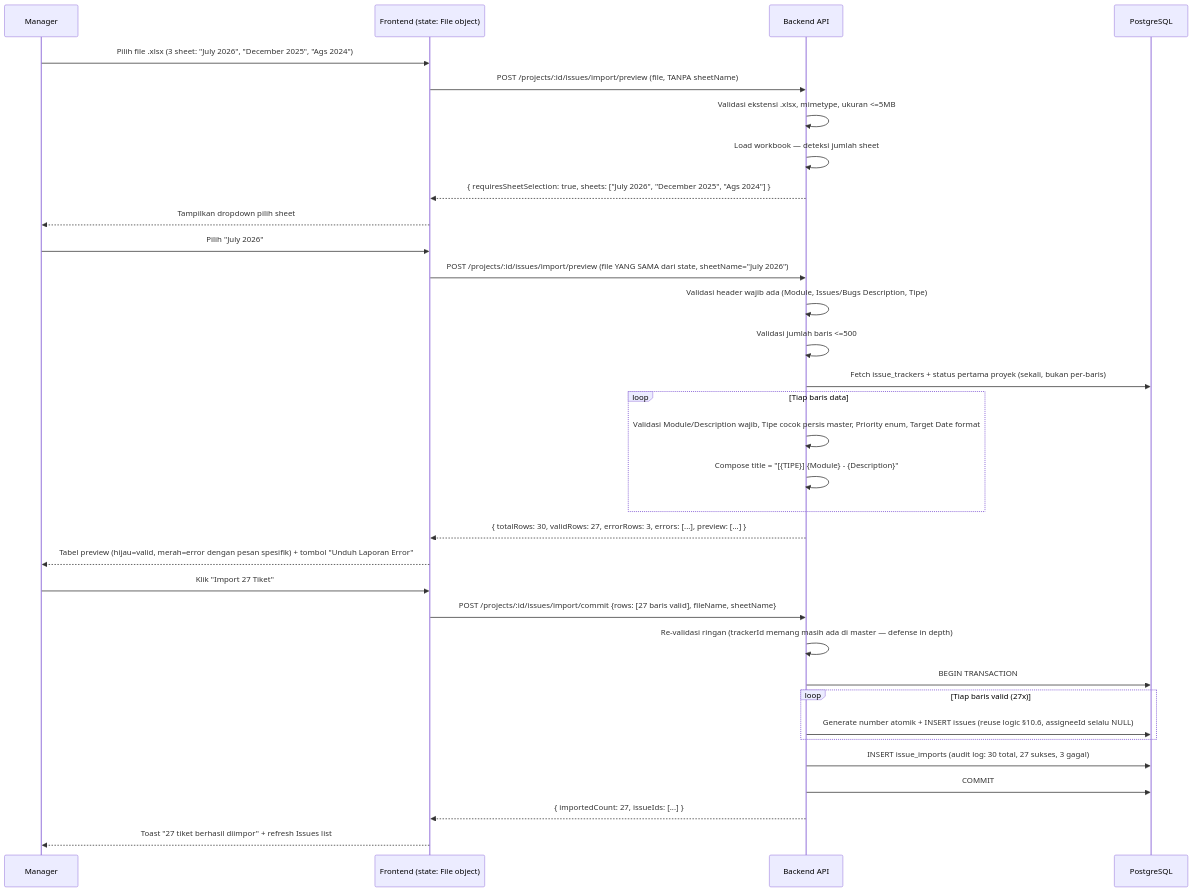
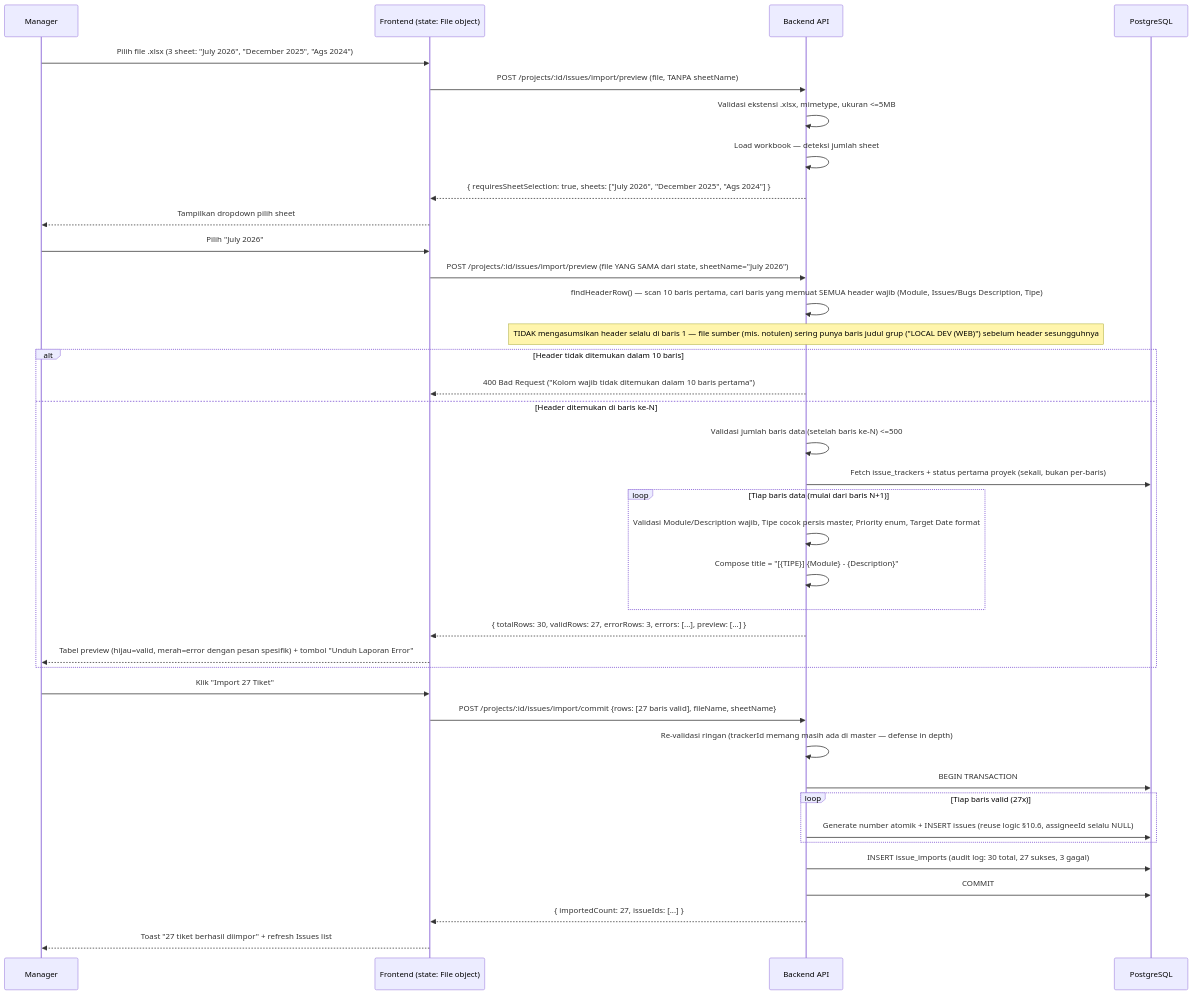
Before and after one commit to itshazlan/trackflow: diagram 28 of 31 in SDD_Lean_Internal.md, drawn with Mermaid. The commit also changed other lines of this file and 10 other files, not shown here.

````diff
--- a/SDD_Lean_Internal.md
+++ b/SDD_Lean_Internal.md
@@ -1579,38 +1603,43 @@
 ```mermaid
 sequenceDiagram
     participant M as Manager
     participant FE as Frontend (state: File object)
     participant A as Backend API
     participant PG as PostgreSQL
 
     M->>FE: Pilih file .xlsx (3 sheet: "July 2026", "December 2025", "Ags 2024")
     FE->>A: POST /projects/:id/issues/import/preview (file, TANPA sheetName)
     A->>A: Validasi ekstensi .xlsx, mimetype, ukuran <=5MB
     A->>A: Load workbook — deteksi jumlah sheet
     A-->>FE: { requiresSheetSelection: true, sheets: ["July 2026", "December 2025", "Ags 2024"] }
     FE-->>M: Tampilkan dropdown pilih sheet
 
     M->>FE: Pilih "July 2026"
     FE->>A: POST /projects/:id/issues/import/preview (file YANG SAMA dari state, sheetName="July 2026")
-    A->>A: Validasi header wajib ada (Module, Issues/Bugs Description, Tipe)
-    A->>A: Validasi jumlah baris <=500
-    A->>PG: Fetch issue_trackers + status pertama proyek (sekali, bukan per-baris)
-    loop Tiap baris data
-        A->>A: Validasi Module/Description wajib, Tipe cocok persis master, Priority enum, Target Date format
-        A->>A: Compose title = "[{TIPE}] {Module} - {Description}"
+    A->>A: findHeaderRow() — scan 10 baris pertama, cari baris yang memuat SEMUA header wajib (Module, Issues/Bugs Description, Tipe)
+    Note over A: TIDAK mengasumsikan header selalu di baris 1 — file sumber (mis. notulen) sering punya baris judul grup ("LOCAL DEV (WEB)") sebelum header sesungguhnya
+    alt Header tidak ditemukan dalam 10 baris
+        A-->>FE: 400 Bad Request ("Kolom wajib tidak ditemukan dalam 10 baris pertama")
+    else Header ditemukan di baris ke-N
+        A->>A: Validasi jumlah baris data (setelah baris ke-N) <=500
+        A->>PG: Fetch issue_trackers + status pertama proyek (sekali, bukan per-baris)
+        loop Tiap baris data (mulai dari baris N+1)
+            A->>A: Validasi Module/Description wajib, Tipe cocok persis master, Priority enum, Target Date format
+            A->>A: Compose title = "[{TIPE}] {Module} - {Description}"
+        end
+        A-->>FE: { totalRows: 30, validRows: 27, errorRows: 3, errors: [...], preview: [...] }
+        FE-->>M: Tabel preview (hijau=valid, merah=error dengan pesan spesifik) + tombol "Unduh Laporan Error"
     end
-    A-->>FE: { totalRows: 30, validRows: 27, errorRows: 3, errors: [...], preview: [...] }
-    FE-->>M: Tabel preview (hijau=valid, merah=error dengan pesan spesifik) + tombol "Unduh Laporan Error"
 
     M->>FE: Klik "Import 27 Tiket"
     FE->>A: POST /projects/:id/issues/import/commit {rows: [27 baris valid], fileName, sheetName}
     A->>A: Re-validasi ringan (trackerId memang masih ada di master — defense in depth)
     A->>PG: BEGIN TRANSACTION
     loop Tiap baris valid (27x)
         A->>PG: Generate number atomik + INSERT issues (reuse logic §10.6, assigneeId selalu NULL)
     end
     A->>PG: INSERT issue_imports (audit log: 30 total, 27 sukses, 3 gagal)
     A->>PG: COMMIT
     A-->>FE: { importedCount: 27, issueIds: [...] }
     FE-->>M: Toast "27 tiket berhasil diimpor" + refresh Issues list
 ```
````
